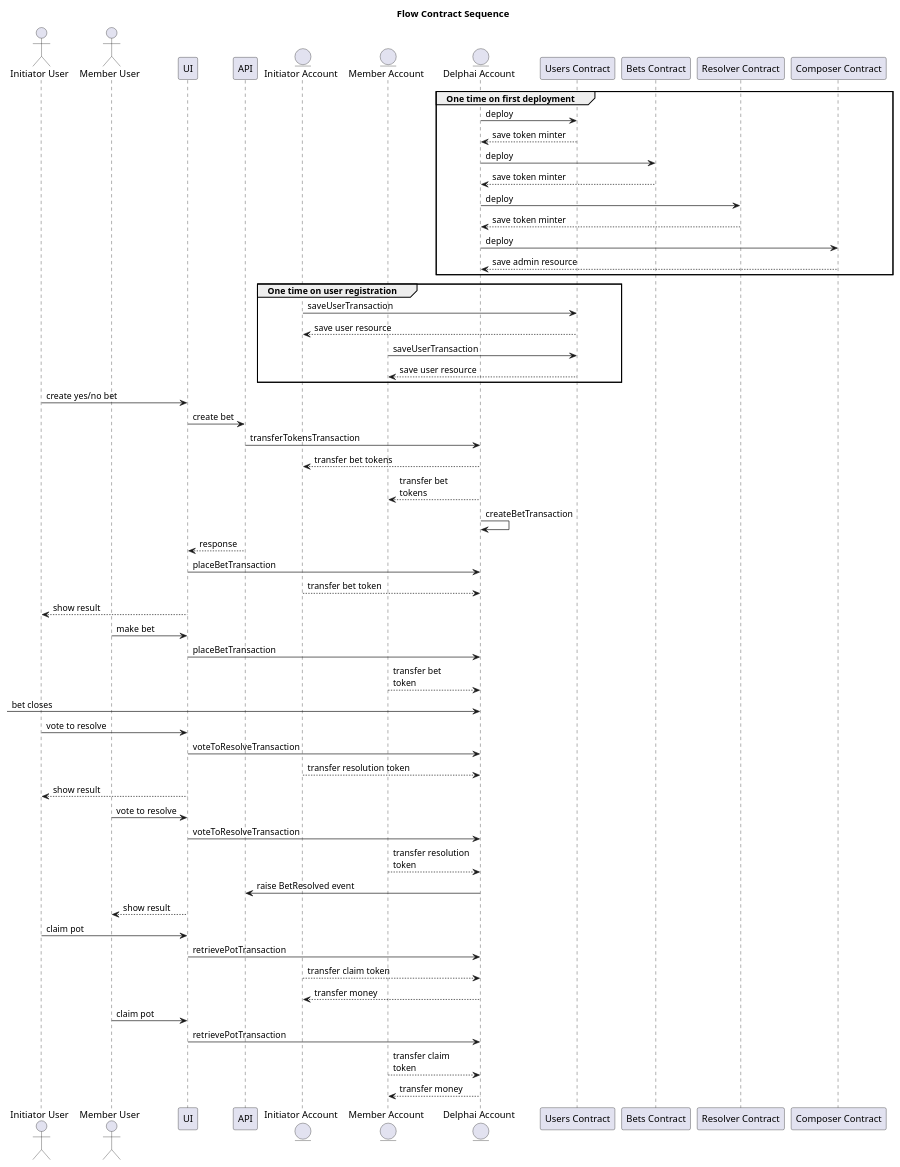
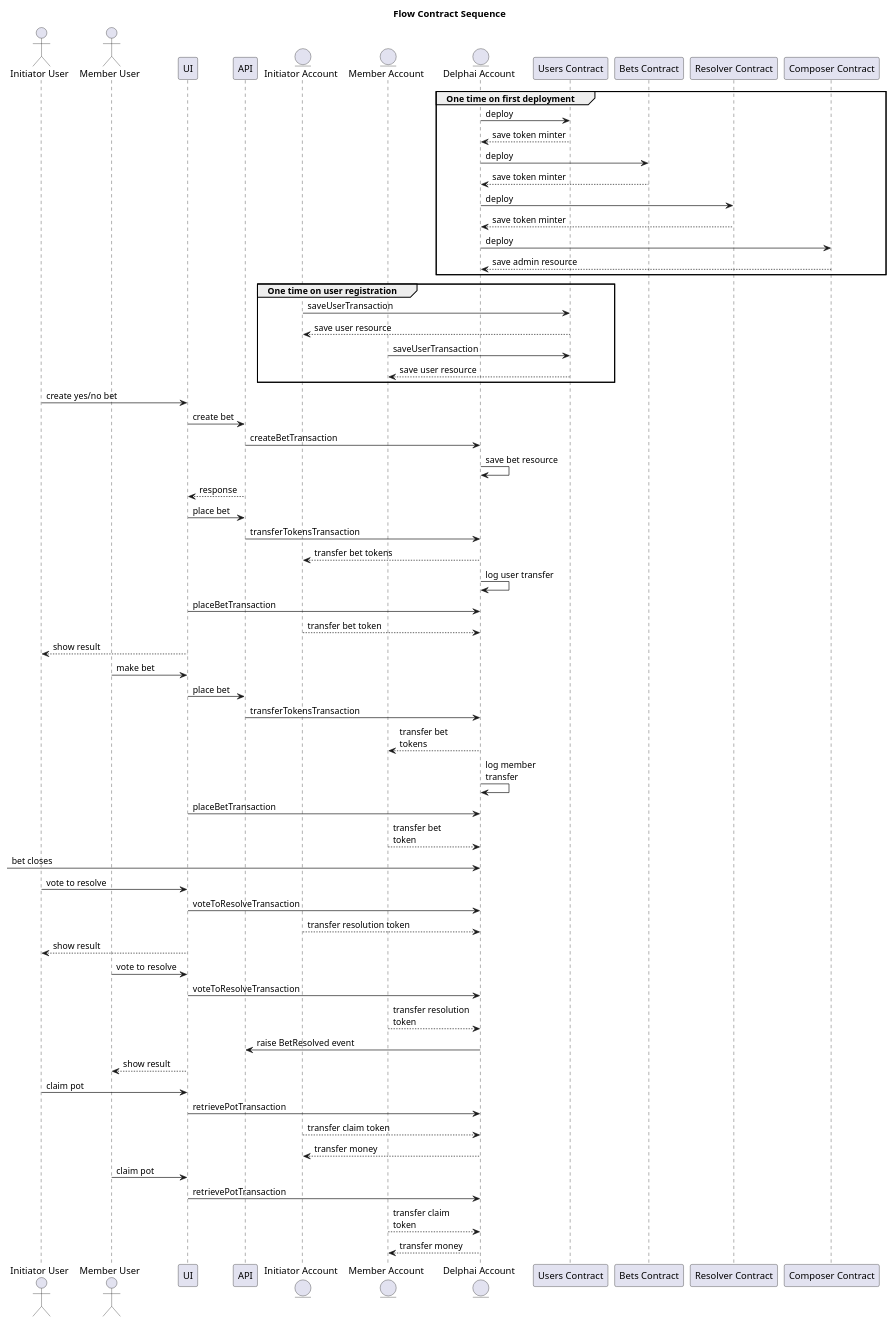
Before and after one commit to adhurjaty/prediction-app: the diagram in docs/Diagrams/src/Architecture/flowContractSequence.puml, drawn with PlantUML.

Commit message:
update the flow sequence diagram

```diff
--- a/docs/Diagrams/src/Architecture/flowContractSequence.puml
+++ b/docs/Diagrams/src/Architecture/flowContractSequence.puml
@@ -1,70 +1,76 @@
 @startuml
 
 title Flow Contract Sequence
 
 actor "Initiator User" as init
 actor "Member User" as member
 participant UI as ui
 participant API as api
 entity "Initiator Account" as initAcct
 entity "Member Account" as memberAcct
 entity "Delphai Account" as delph
 participant "Users Contract" as usersContract
 participant "Bets Contract" as betsContract
 participant "Resolver Contract" as resolverContract
 participant "Composer Contract" as composerContract
 
 group One time on first deployment
     delph -> usersContract : deploy
     usersContract --> delph : save token minter
     delph -> betsContract : deploy
     betsContract --> delph : save token minter
     delph -> resolverContract : deploy
     resolverContract --> delph : save token minter
     delph -> composerContract : deploy
     composerContract --> delph : save admin resource
 end
 group One time on user registration
     initAcct -> usersContract : saveUserTransaction
     usersContract --> initAcct : save user resource
     memberAcct -> usersContract : saveUserTransaction
     usersContract --> memberAcct : save user resource
 end
 
 init -> ui : create yes/no bet
 ui -> api : create bet
+api -> delph : createBetTransaction
+delph -> delph : save bet resource
+api --> ui : response
+
+ui -> api : place bet
 api -> delph : transferTokensTransaction
 delph --> initAcct : transfer bet tokens
-delph --> memberAcct : transfer bet\ntokens
-delph -> delph : createBetTransaction
-api --> ui : response
-
+delph -> delph : log user transfer
 ui -> delph : placeBetTransaction
 initAcct --> delph : transfer bet token
 ui --> init : show result
 member -> ui : make bet
+ui -> api : place bet
+api -> delph : transferTokensTransaction
+delph --> memberAcct : transfer bet\ntokens
+delph -> delph : log member\ntransfer
 ui -> delph : placeBetTransaction
 memberAcct --> delph : transfer bet\ntoken
 
 -> delph : bet closes
 
 init -> ui : vote to resolve
 ui -> delph : voteToResolveTransaction
 initAcct --> delph : transfer resolution token
 ui --> init : show result
 member -> ui : vote to resolve
 ui -> delph : voteToResolveTransaction
 memberAcct --> delph : transfer resolution\ntoken
 delph -> api : raise BetResolved event
 ui --> member : show result
 
 init -> ui : claim pot
 ui -> delph : retrievePotTransaction
 initAcct --> delph : transfer claim token
 delph --> initAcct : transfer money
 member -> ui : claim pot
 ui -> delph : retrievePotTransaction
 memberAcct --> delph : transfer claim\ntoken
 delph --> memberAcct : transfer money
 
 @enduml
```
